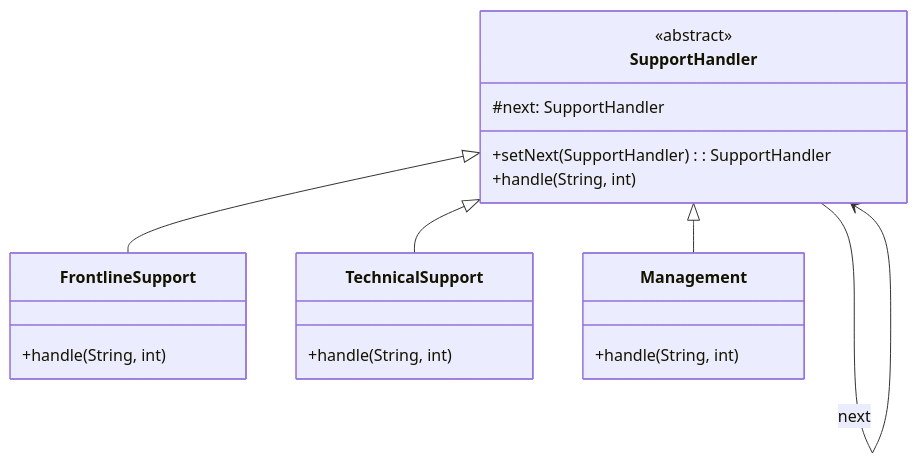
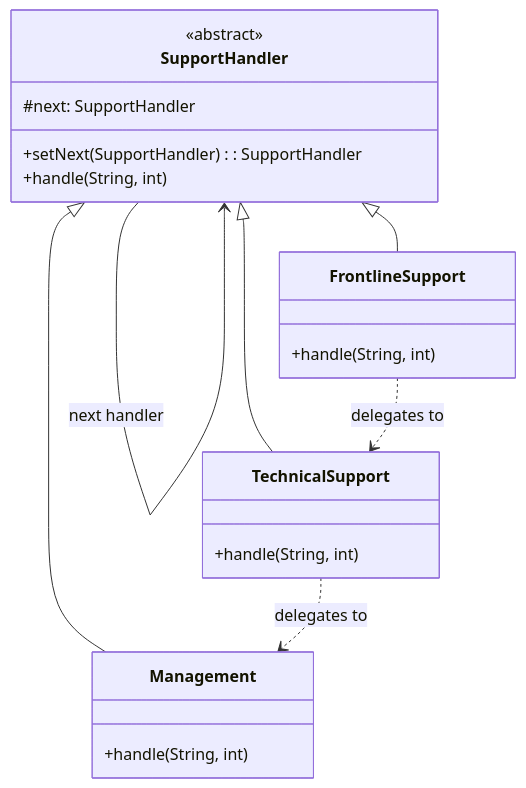
One commit to welldesignedsystem/welldesignedsystem.github.io changed diagram 13 of 23 in content/english/blog/system_design/core_design_patterns.md. Above: the diagram before and after it, drawn with Mermaid. The commit also changed other lines of this file and 1 other file, not shown here.

````diff
--- a/content/english/blog/system_design/core_design_patterns.md
+++ b/content/english/blog/system_design/core_design_patterns.md
@@ -1018,22 +1038,24 @@
 ```mermaid
 classDiagram
     class SupportHandler {
         <<abstract>>
         #next: SupportHandler
         +setNext(SupportHandler): SupportHandler
         +handle(String, int)
     }
     class FrontlineSupport {
         +handle(String, int)
     }
     class TechnicalSupport {
         +handle(String, int)
     }
     class Management {
         +handle(String, int)
     }
     SupportHandler <|-- FrontlineSupport
     SupportHandler <|-- TechnicalSupport
     SupportHandler <|-- Management
-    SupportHandler --> SupportHandler : next
+    SupportHandler --> SupportHandler : next handler
+    FrontlineSupport ..> TechnicalSupport : delegates to
+    TechnicalSupport ..> Management : delegates to
 ```
````
